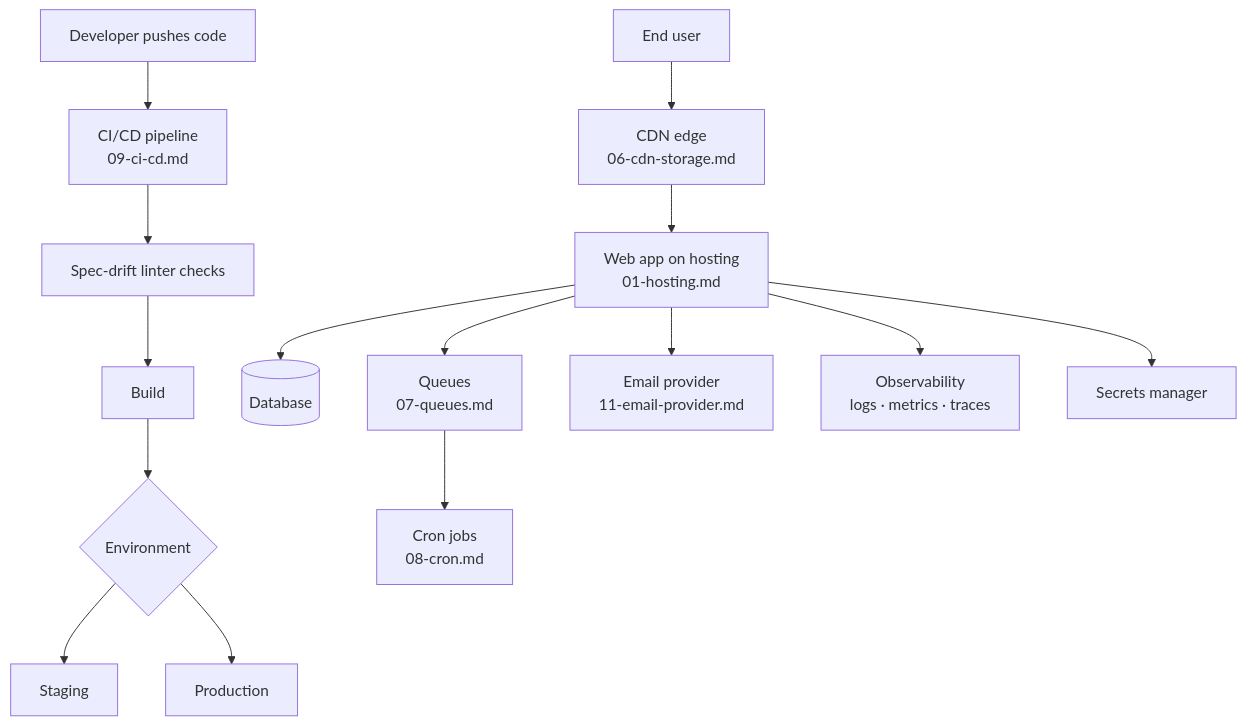
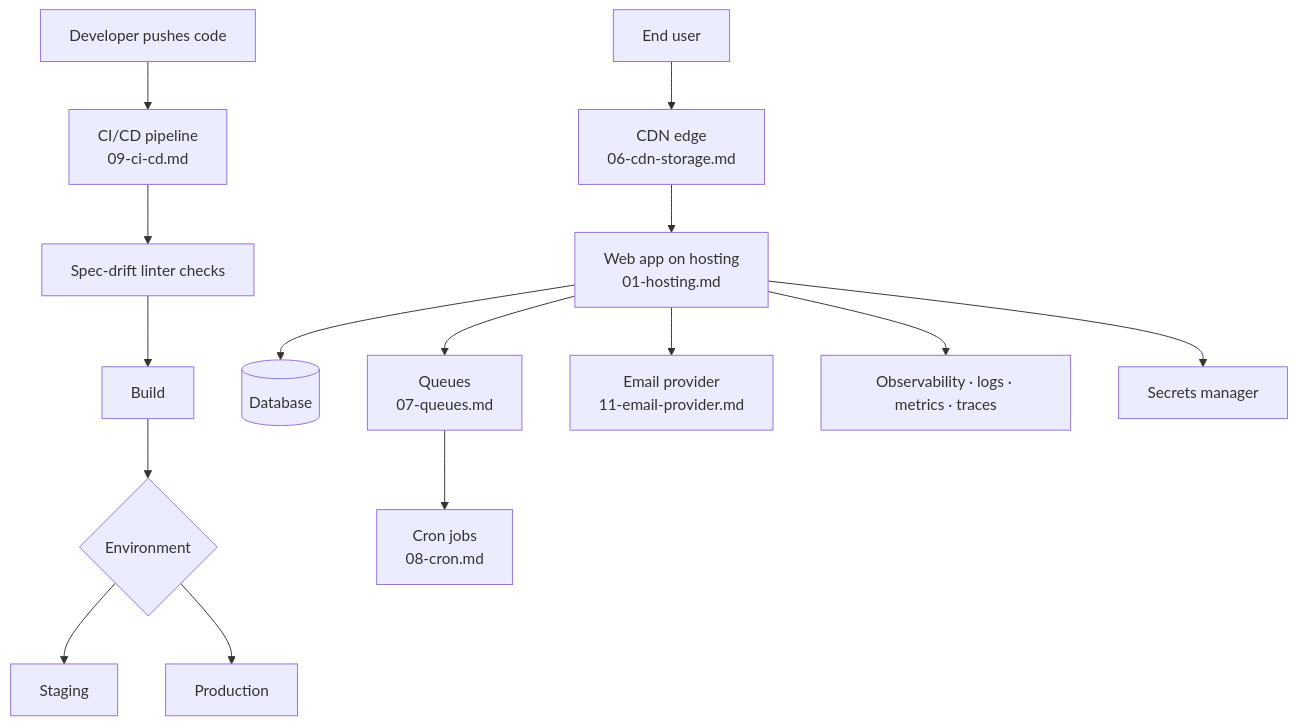
The diagram in spec/21-app/22-infrastructure/flow-diagram.mmd (alimtvnetwork/letsmarknow-v2), drawn with Mermaid before and after one commit. The commit also changed 10 other files, not shown here.

```diff
--- a/spec/21-app/22-infrastructure/flow-diagram.mmd
+++ b/spec/21-app/22-infrastructure/flow-diagram.mmd
@@ -1,16 +1,16 @@
 flowchart TD
     DEV[Developer pushes code] --> CI[CI/CD pipeline<br/>09-ci-cd.md]
     CI --> LINT[Spec-drift linter checks]
     LINT --> BUILD[Build]
     BUILD --> ENV{Environment}
     ENV --> STG[Staging]
     ENV --> PRD[Production]
 
     USER[End user] --> CDN[CDN edge<br/>06-cdn-storage.md]
     CDN --> APP[Web app on hosting<br/>01-hosting.md]
     APP --> DB[(Database)]
     APP --> Q[Queues<br/>07-queues.md]
     Q --> CRON[Cron jobs<br/>08-cron.md]
     APP --> MAIL[Email provider<br/>11-email-provider.md]
-    APP --> OBS[Observability<br/>logs · metrics · traces]
+    APP --> OBS[Observability · logs · metrics · traces]
     APP --> SEC[Secrets manager]
```
